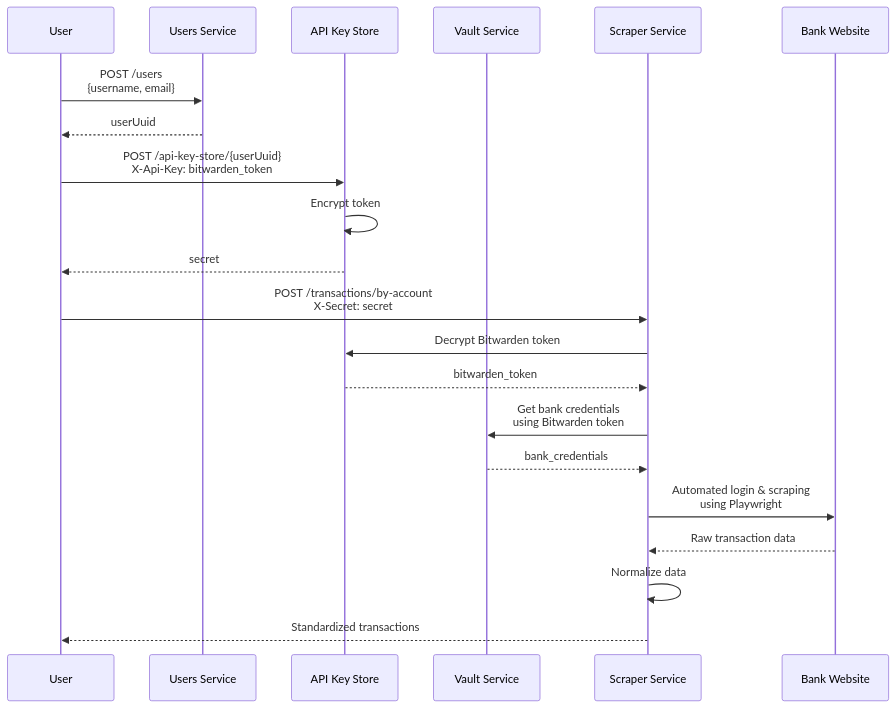
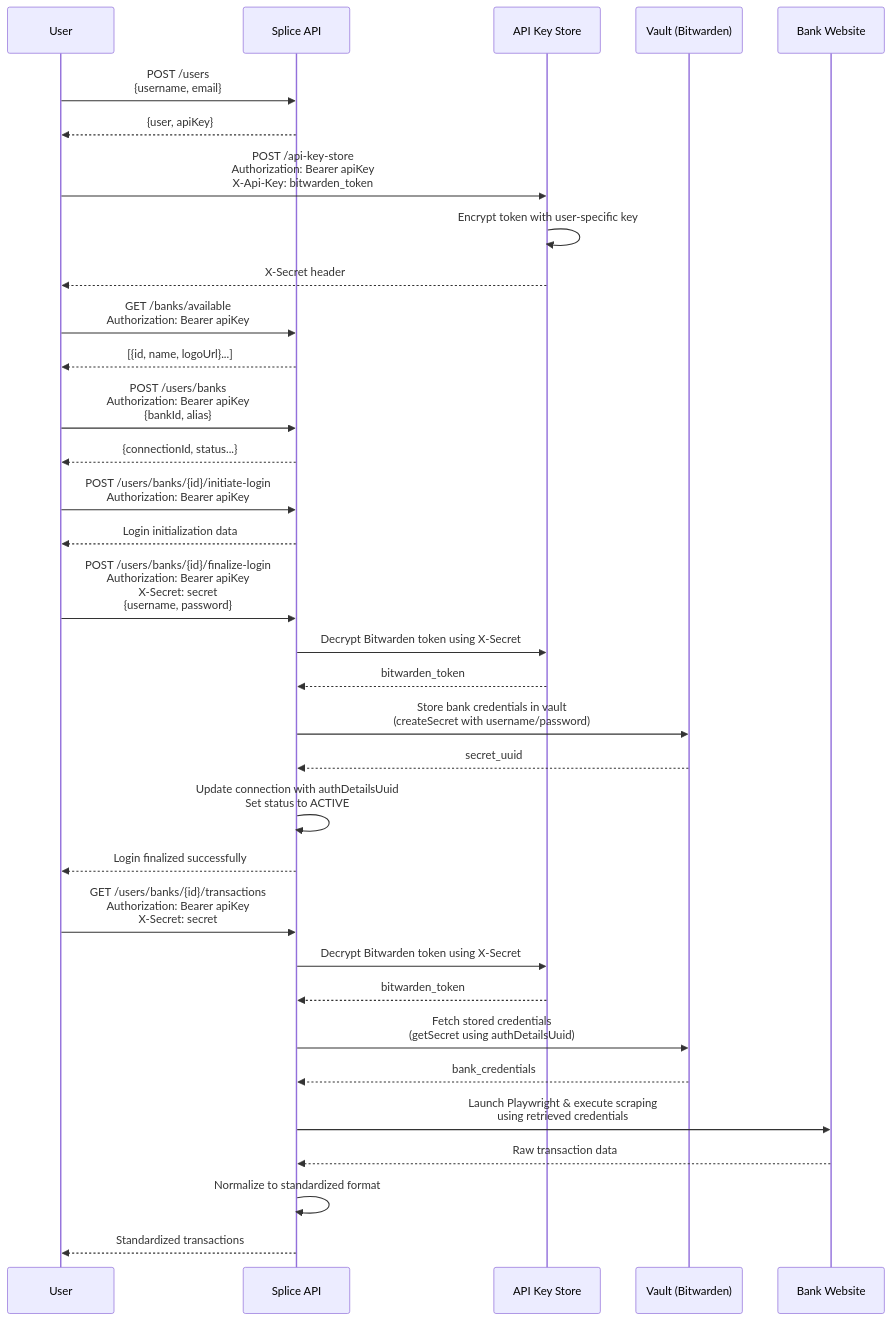
The diagram in README.md (koonweee/splice), drawn with Mermaid before and after one commit. The commit also changed other lines of this file, not shown here.

````diff
--- a/README.md
+++ b/README.md
@@ -88,29 +148,49 @@
 ```mermaid
 sequenceDiagram
     participant U as User
-    participant US as Users Service
+    participant S as Splice API
     participant KS as API Key Store
-    participant V as Vault Service
-    participant S as Scraper Service
+    participant V as Vault (Bitwarden)
     participant B as Bank Website
 
-    %% User Creation
-    U->>US: POST /users<br>{username, email}
-    US-->>U: userUuid
+    %% User Creation & Authentication
+    U->>S: POST /users<br>{username, email}
+    S-->>U: {user, apiKey}
 
     %% Store Bitwarden Token
-    U->>KS: POST /api-key-store/{userUuid}<br>X-Api-Key: bitwarden_token
-    KS->>KS: Encrypt token
-    KS-->>U: secret
+    U->>KS: POST /api-key-store<br>Authorization: Bearer apiKey<br>X-Api-Key: bitwarden_token
+    KS->>KS: Encrypt token with user-specific key
+    KS-->>U: X-Secret header
 
-    %% Fetch Transactions
-    U->>S: POST /transactions/by-account<br>X-Secret: secret
-    S->>KS: Decrypt Bitwarden token
+    %% Get Available Banks
+    U->>S: GET /banks/available<br>Authorization: Bearer apiKey
+    S-->>U: [{id, name, logoUrl}...]
+
+    %% Create Bank Connection
+    U->>S: POST /users/banks<br>Authorization: Bearer apiKey<br>{bankId, alias}
+    S-->>U: {connectionId, status...}
+
+    %% Initiate Login
+    U->>S: POST /users/banks/{id}/initiate-login<br>Authorization: Bearer apiKey
+    S-->>U: Login initialization data
+
+    %% Finalize Login - Store Credentials
+    U->>S: POST /users/banks/{id}/finalize-login<br>Authorization: Bearer apiKey<br>X-Secret: secret<br>{username, password}
+    S->>KS: Decrypt Bitwarden token using X-Secret
     KS-->>S: bitwarden_token
-    S->>V: Get bank credentials<br>using Bitwarden token
+    S->>V: Store bank credentials in vault<br>(createSecret with username/password)
+    V-->>S: secret_uuid
+    S->>S: Update connection with authDetailsUuid<br>Set status to ACTIVE
+    S-->>U: Login finalized successfully
+
+    %% Get Transactions - Fetch & Scrape
+    U->>S: GET /users/banks/{id}/transactions<br>Authorization: Bearer apiKey<br>X-Secret: secret
+    S->>KS: Decrypt Bitwarden token using X-Secret
+    KS-->>S: bitwarden_token
+    S->>V: Fetch stored credentials<br>(getSecret using authDetailsUuid)
     V-->>S: bank_credentials
-    S->>B: Automated login & scraping<br>using Playwright
+    S->>B: Launch Playwright & execute scraping<br>using retrieved credentials
     B-->>S: Raw transaction data
-    S->>S: Normalize data
+    S->>S: Normalize to standardized format
     S-->>U: Standardized transactions
 ```
````
